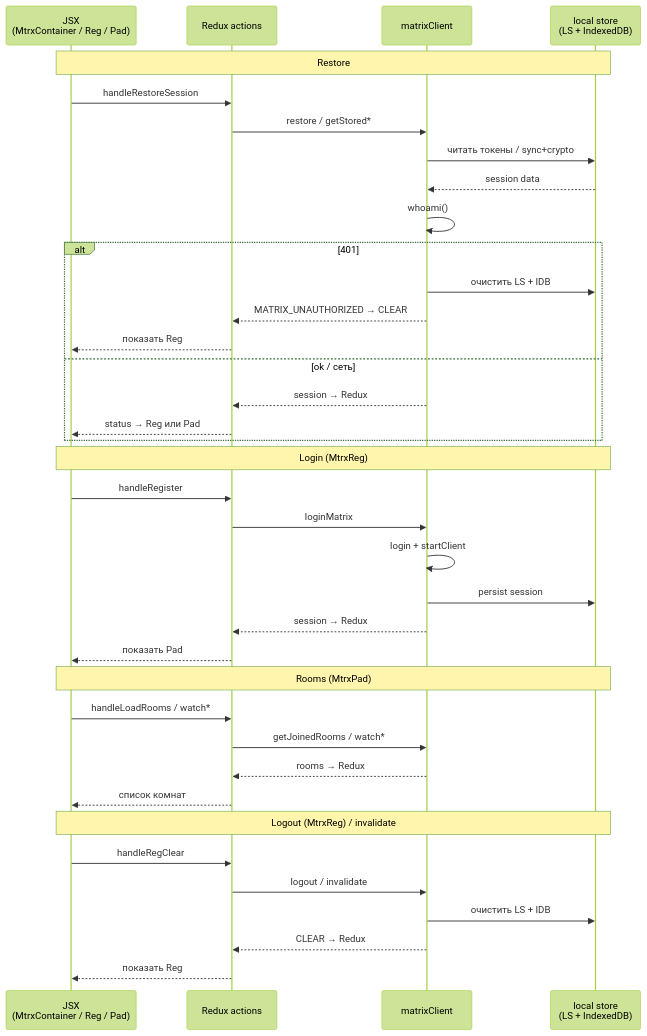
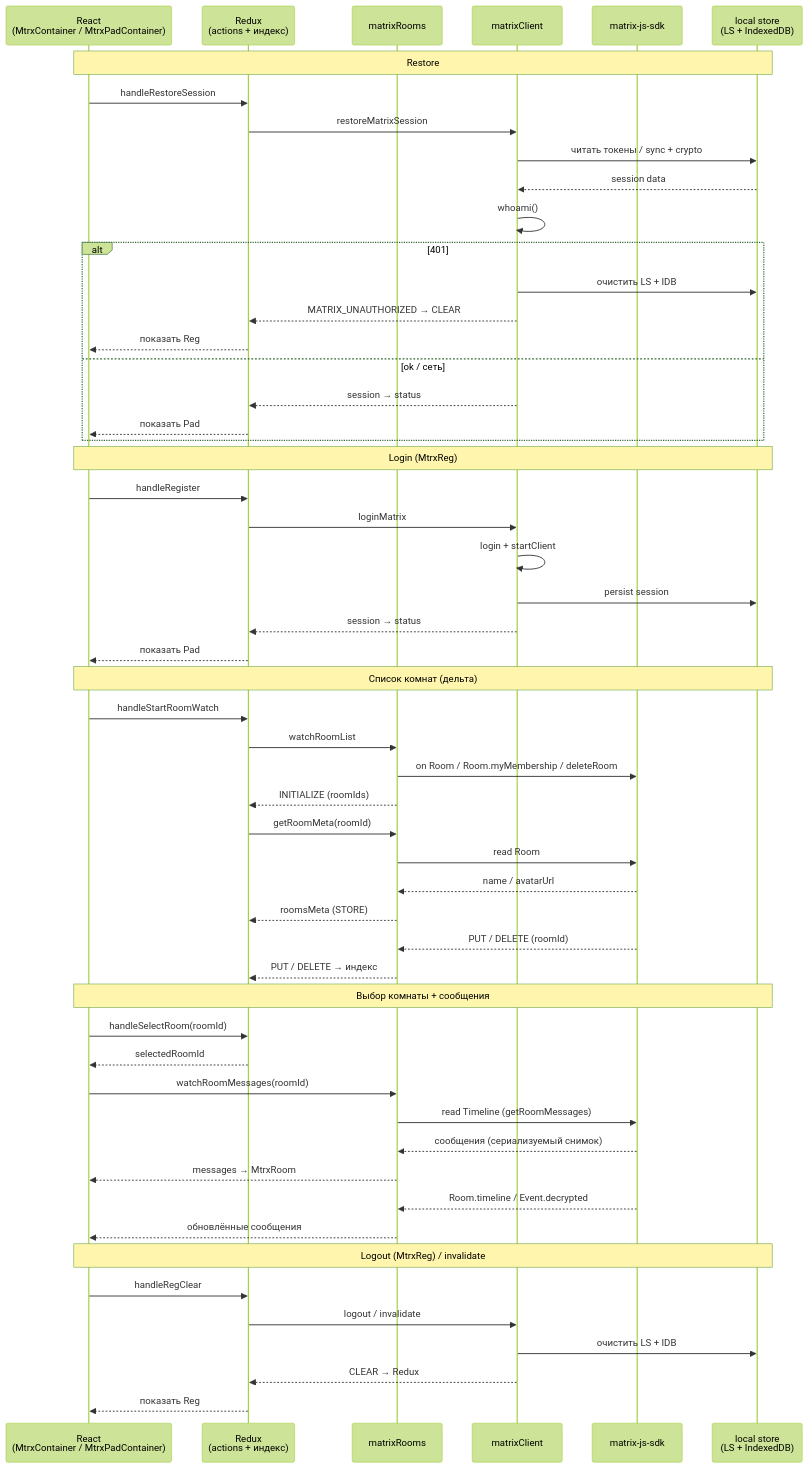
One commit to ars-anosov/matrix-react changed the diagram in LOGIC_sequence.mmd. Above: the diagram before and after it, drawn with Mermaid (forest theme). The commit also changed 13 other files, not shown here.

```diff
--- a/LOGIC_sequence.mmd
+++ b/LOGIC_sequence.mmd
@@ -1,41 +1,59 @@
 sequenceDiagram
-  participant UI as JSX<br/>(MtrxContainer / Reg / Pad)
-  participant Actions as Redux actions
+  participant UI as React<br/>(MtrxContainer / MtrxPadContainer)
+  participant Redux as Redux<br/>(actions + индекс)
+  participant Rooms as matrixRooms
   participant Client as matrixClient
+  participant SDK as matrix-js-sdk
   participant Store as local store<br/>(LS + IndexedDB)
 
   Note over UI,Store: Restore
-  UI->>Actions: handleRestoreSession
-  Actions->>Client: restore / getStored*
-  Client->>Store: читать токены / sync+crypto
+  UI->>Redux: handleRestoreSession
+  Redux->>Client: restoreMatrixSession
+  Client->>Store: читать токены / sync + crypto
   Store-->>Client: session data
   Client->>Client: whoami()
   alt 401
     Client->>Store: очистить LS + IDB
-    Client-->>Actions: MATRIX_UNAUTHORIZED → CLEAR
-    Actions-->>UI: показать Reg
+    Client-->>Redux: MATRIX_UNAUTHORIZED → CLEAR
+    Redux-->>UI: показать Reg
   else ok / сеть
-    Client-->>Actions: session → Redux
-    Actions-->>UI: status → Reg или Pad
+    Client-->>Redux: session → status
+    Redux-->>UI: показать Pad
   end
 
   Note over UI,Store: Login (MtrxReg)
-  UI->>Actions: handleRegister
-  Actions->>Client: loginMatrix
+  UI->>Redux: handleRegister
+  Redux->>Client: loginMatrix
   Client->>Client: login + startClient
   Client->>Store: persist session
-  Client-->>Actions: session → Redux
-  Actions-->>UI: показать Pad
+  Client-->>Redux: session → status
+  Redux-->>UI: показать Pad
 
-  Note over UI,Store: Rooms (MtrxPad)
-  UI->>Actions: handleLoadRooms / watch*
-  Actions->>Client: getJoinedRooms / watch*
-  Client-->>Actions: rooms → Redux
-  Actions-->>UI: список комнат
+  Note over UI,Store: Список комнат (дельта)
+  UI->>Redux: handleStartRoomWatch
+  Redux->>Rooms: watchRoomList
+  Rooms->>SDK: on Room / Room.myMembership / deleteRoom
+  Rooms-->>Redux: INITIALIZE (roomIds)
+  Redux->>Rooms: getRoomMeta(roomId)
+  Rooms->>SDK: read Room
+  SDK-->>Rooms: name / avatarUrl
+  Rooms-->>Redux: roomsMeta (STORE)
+  SDK-->>Rooms: PUT / DELETE (roomId)
+  Rooms-->>Redux: PUT / DELETE → индекс
+
+  Note over UI,Store: Выбор комнаты + сообщения
+  UI->>Redux: handleSelectRoom(roomId)
+  Redux-->>UI: selectedRoomId
+  UI->>Rooms: watchRoomMessages(roomId)
+  Rooms->>SDK: read Timeline (getRoomMessages)
+  SDK-->>Rooms: сообщения (сериализуемый снимок)
+  Rooms-->>UI: messages → MtrxRoom
+  SDK-->>Rooms: Room.timeline / Event.decrypted
+  Rooms-->>UI: обновлённые сообщения
 
   Note over UI,Store: Logout (MtrxReg) / invalidate
-  UI->>Actions: handleRegClear
-  Actions->>Client: logout / invalidate
+  UI->>Redux: handleRegClear
+  Redux->>Client: logout / invalidate
   Client->>Store: очистить LS + IDB
-  Client-->>Actions: CLEAR → Redux
-  Actions-->>UI: показать Reg
+  Client-->>Redux: CLEAR → Redux
+  Redux-->>UI: показать Reg
```
